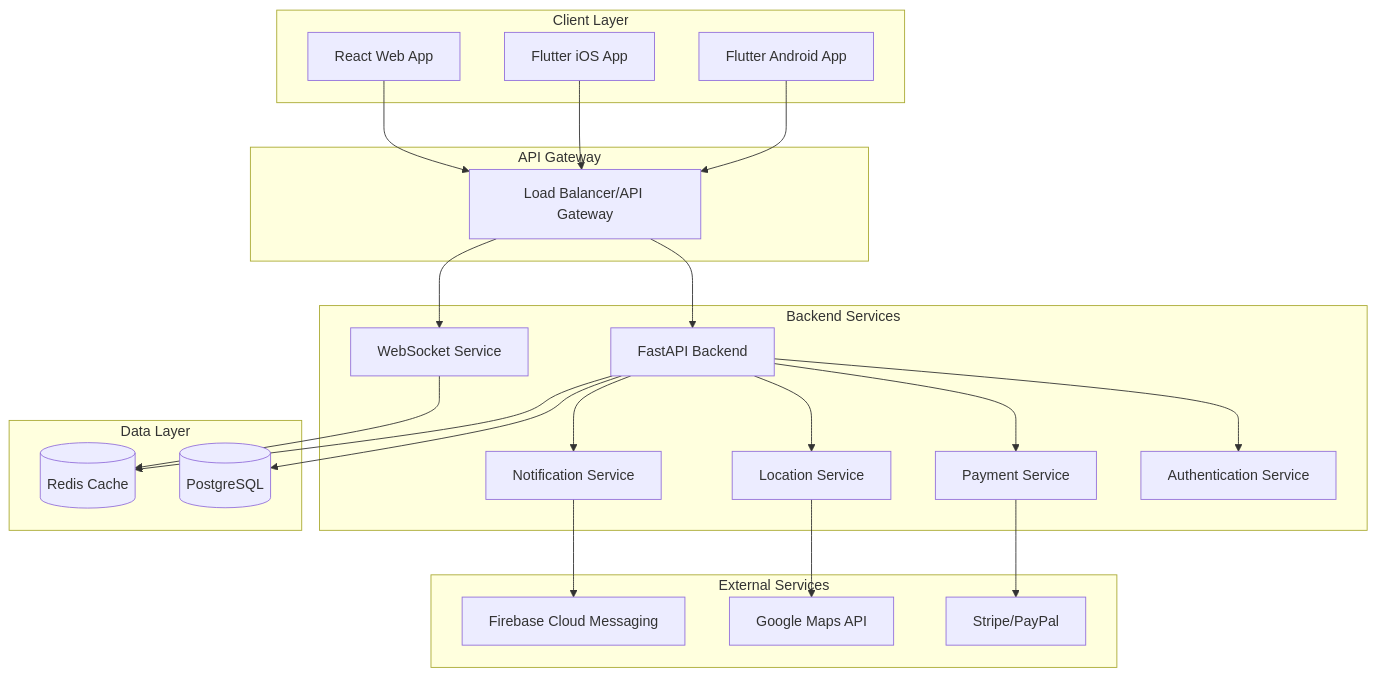
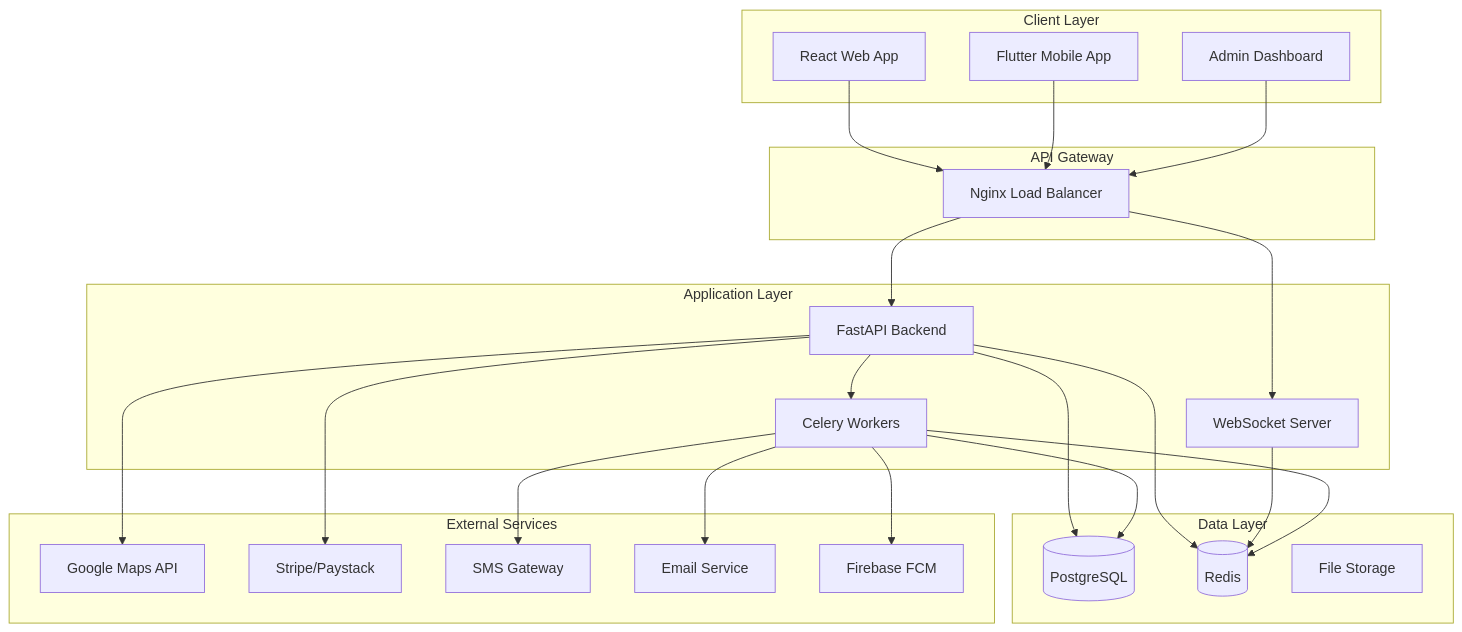
Before and after one commit to Auviti/Pafar: the diagram in .kiro/specs/ride-booking-system/design.md, drawn with Mermaid. The commit also changed other lines of this file and 79 other files, not shown here.

````diff
--- a/.kiro/specs/ride-booking-system/design.md
+++ b/.kiro/specs/ride-booking-system/design.md
@@ -13,52 +11,49 @@
 ```mermaid
 graph TB
     subgraph "Client Layer"
         WEB[React Web App]
-        IOS[Flutter iOS App]
-        AND[Flutter Android App]
+        MOBILE[Flutter Mobile App]
+        ADMIN[Admin Dashboard]
     end
     
     subgraph "API Gateway"
-        GW[Load Balancer/API Gateway]
+        NGINX[Nginx Load Balancer]
     end
     
-    subgraph "Backend Services"
+    subgraph "Application Layer"
         API[FastAPI Backend]
-        WS[WebSocket Service]
-        AUTH[Authentication Service]
-        PAY[Payment Service]
-        LOC[Location Service]
-        NOTIF[Notification Service]
+        WS[WebSocket Server]
+        WORKER[Celery Workers]
+    end
+    
+    subgraph "Data Layer"
+        DB[(PostgreSQL)]
+        CACHE[(Redis)]
+        FILES[File Storage]
     end
     
     subgraph "External Services"
         MAPS[Google Maps API]
-        STRIPE[Stripe/PayPal]
-        FCM[Firebase Cloud Messaging]
+        PAYMENT[Stripe/Paystack]
+        SMS[SMS Gateway]
+        EMAIL[Email Service]
+        PUSH[Firebase FCM]
     end
     
-    subgraph "Data Layer"
-        PG[(PostgreSQL)]
-        REDIS[(Redis Cache)]
-    end
-    
-    WEB --> GW
-    IOS --> GW
-    AND --> GW
-    
-    GW --> API
-    GW --> WS
-    
-    API --> AUTH
-    API --> PAY
-    API --> LOC
-    API --> NOTIF
-    
-    PAY --> STRIPE
-    LOC --> MAPS
-    NOTIF --> FCM
-    
-    API --> PG
-    API --> REDIS
-    WS --> REDIS
+    WEB --> NGINX
+    MOBILE --> NGINX
+    ADMIN --> NGINX
+    NGINX --> API
+    NGINX --> WS
+    API --> DB
+    API --> CACHE
+    API --> WORKER
+    WS --> CACHE
+    WORKER --> DB
+    WORKER --> CACHE
+    API --> MAPS
+    API --> PAYMENT
+    WORKER --> SMS
+    WORKER --> EMAIL
+    WORKER --> PUSH
 ```
````
